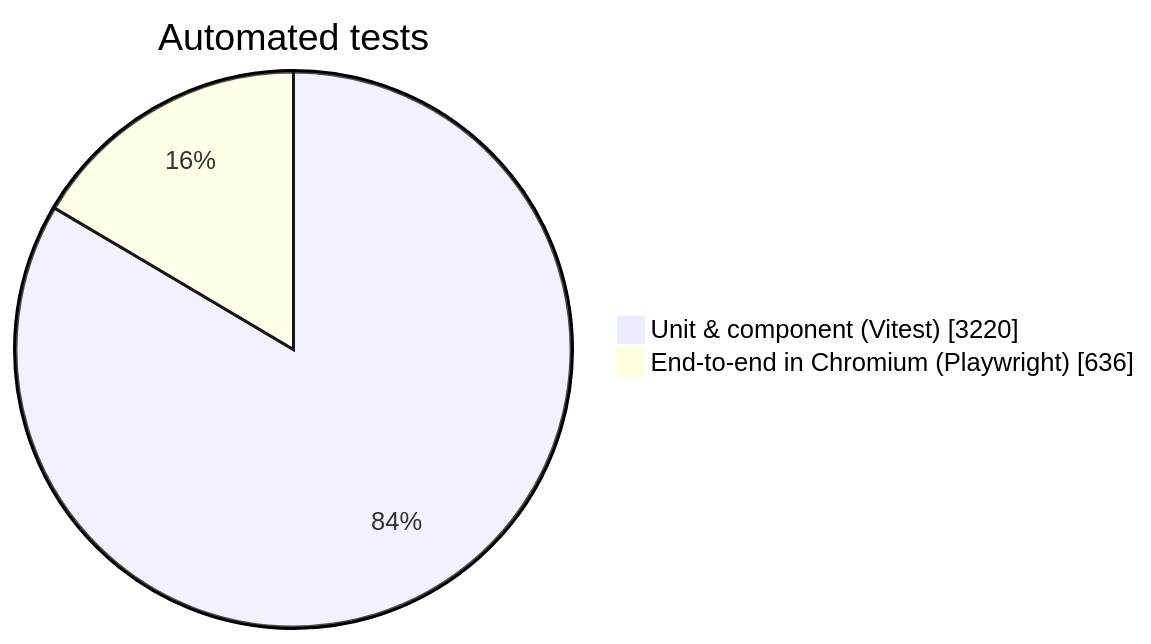
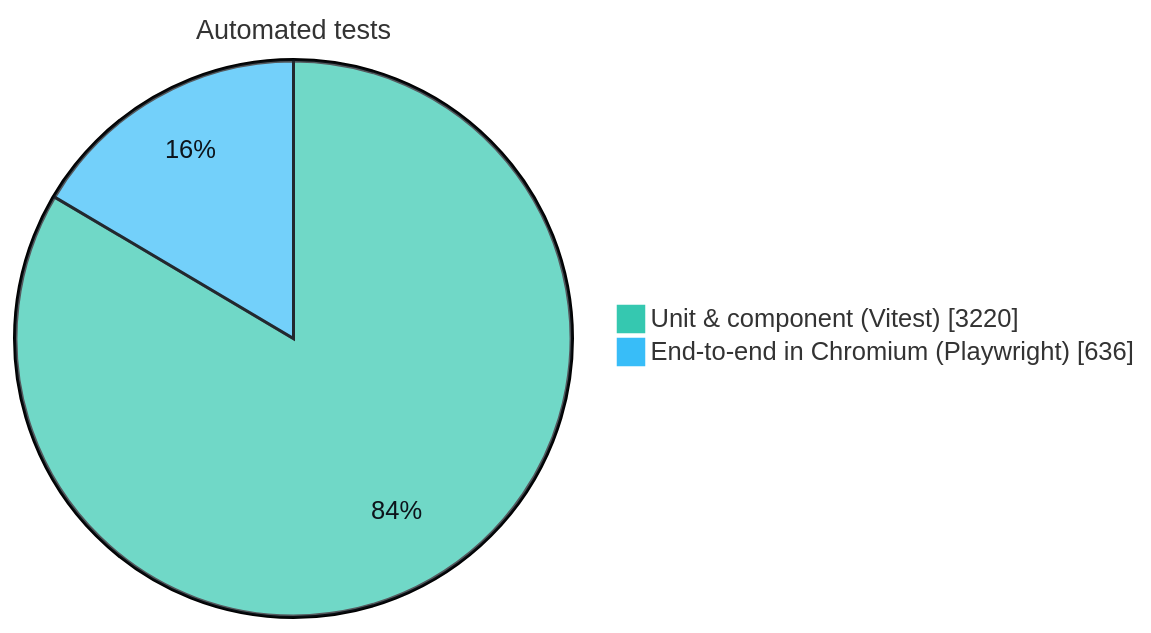
One commit to ErtugrulAK/keyframe-character-studio changed the third of 4 diagrams in README.md. Above: the diagram before and after it, drawn with Mermaid. The commit also changed other lines of this file and 2 other files, not shown here.

First line of the commit message:
docs(repo): diagram labels fit their boxes; readable pie and release graph

````diff
--- a/README.md
+++ b/README.md
@@ -106,6 +106,7 @@
 ```mermaid
+%%{init: {'theme': 'base', 'themeVariables': {'pie1': '#35c8b0', 'pie2': '#38bdf8', 'pieStrokeColor': '#0d141b', 'pieSectionTextColor': '#0d141b', 'pieTitleTextSize': '18px'}}}%%
 pie showData
     title Automated tests
     "Unit & component (Vitest)" : 3220
     "End-to-end in Chromium (Playwright)" : 636
 ```
````
